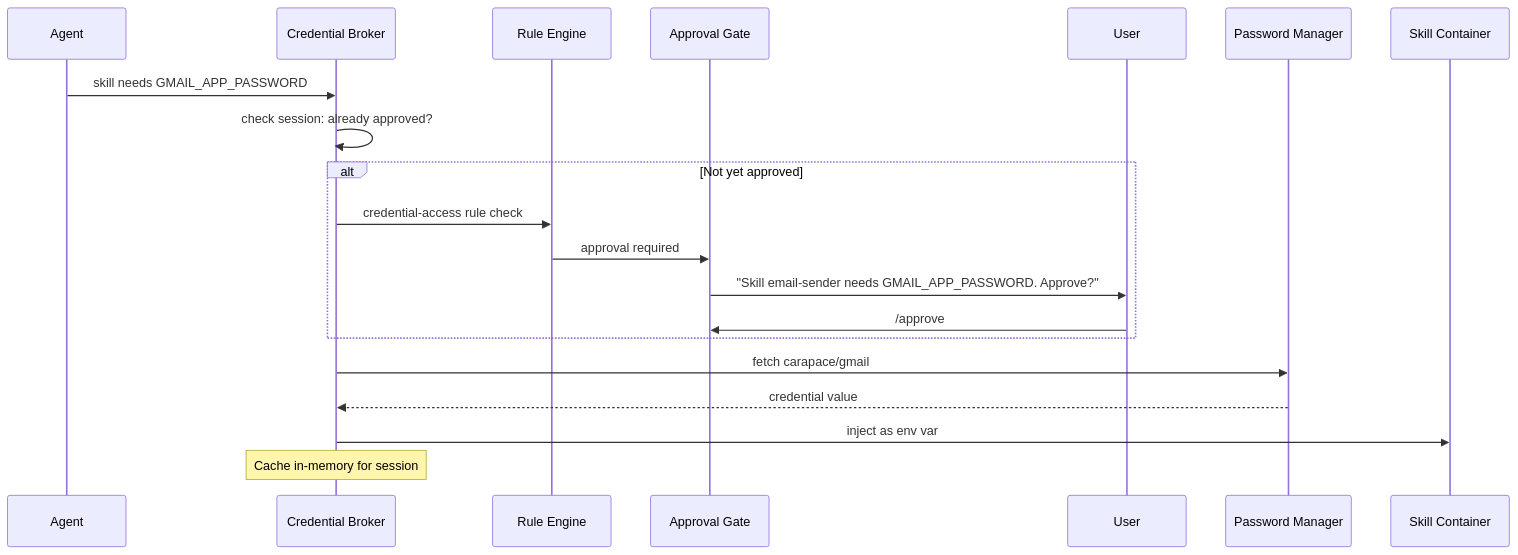
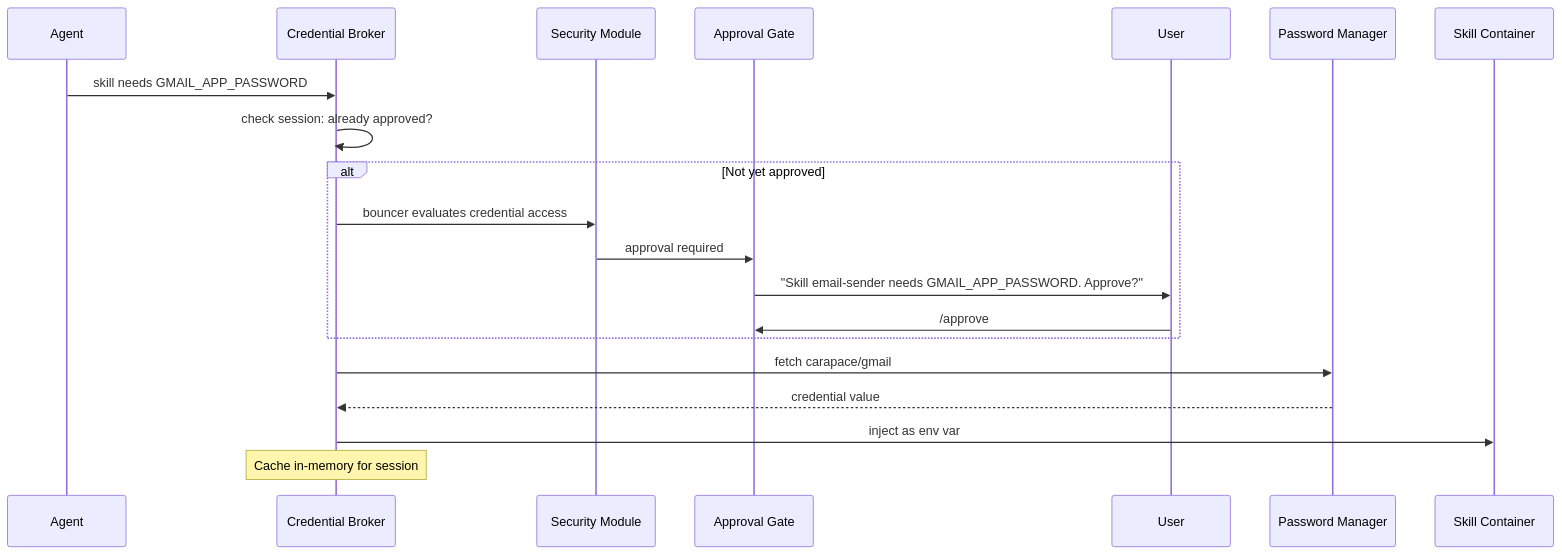
Before and after one commit to thiesgerken/carapace: the diagram in docs/credentials.md, drawn with Mermaid. The commit also changed other lines of this file and 40 other files, not shown here.

````diff
--- a/docs/credentials.md
+++ b/docs/credentials.md
@@ -35,25 +35,25 @@
 ```mermaid
 sequenceDiagram
     participant Agent
     participant CredBroker as Credential Broker
-    participant RuleEngine as Rule Engine
+    participant Security as Security Module
     participant Gate as Approval Gate
     participant User
     participant Vault as Password Manager
     participant Container as Skill Container
 
     Agent->>CredBroker: skill needs GMAIL_APP_PASSWORD
     CredBroker->>CredBroker: check session: already approved?
 
     alt Not yet approved
-        CredBroker->>RuleEngine: credential-access rule check
-        RuleEngine->>Gate: approval required
+        CredBroker->>Security: bouncer evaluates credential access
+        Security->>Gate: approval required
         Gate->>User: "Skill email-sender needs GMAIL_APP_PASSWORD. Approve?"
         User->>Gate: /approve
     end
 
     CredBroker->>Vault: fetch carapace/gmail
     Vault-->>CredBroker: credential value
     CredBroker->>Container: inject as env var
     Note over CredBroker: Cache in-memory for session
 ```
````
